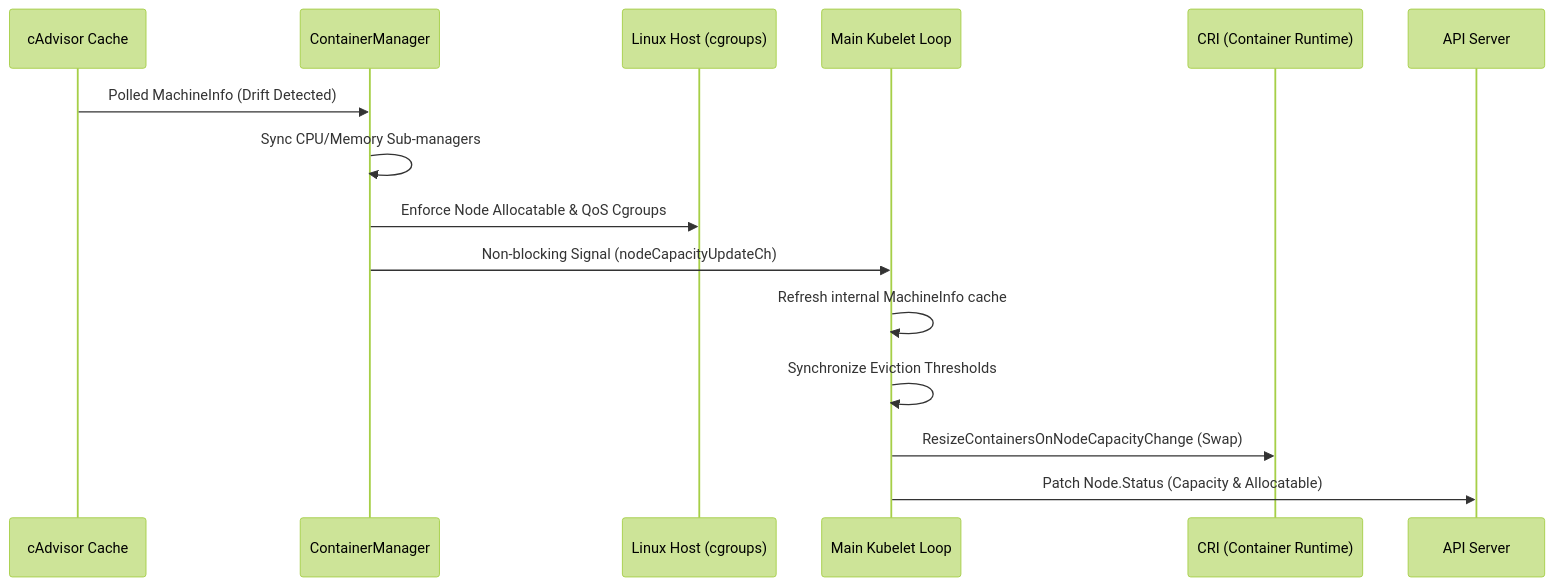
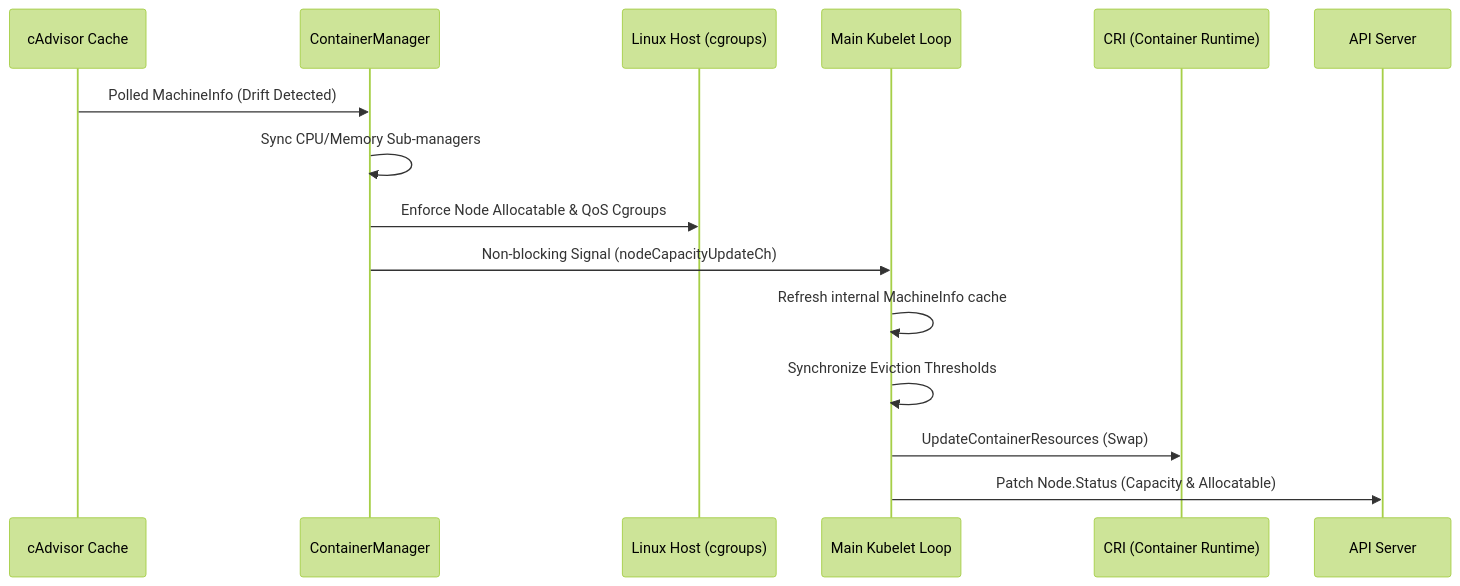
The diagram in keps/sig-node/3953-in-place-node-resource-resize/README.md (kubernetes/enhancements), drawn with Mermaid (forest theme) before and after one commit. The commit also changed other lines of this file and 1 other file, not shown here.

````diff
--- a/keps/sig-node/3953-in-place-node-resource-resize/README.md
+++ b/keps/sig-node/3953-in-place-node-resource-resize/README.md
@@ -287,18 +292,18 @@
 ```mermaid
 sequenceDiagram
     participant cAdvisor as cAdvisor Cache
     participant cm as ContainerManager
     participant host as Linux Host (cgroups)
     participant kubelet as Main Kubelet Loop
     participant cri as CRI (Container Runtime)
     participant api as API Server
 
     cAdvisor->>cm: Polled MachineInfo (Drift Detected)
     cm->>cm: Sync CPU/Memory Sub-managers
     cm->>host: Enforce Node Allocatable & QoS Cgroups
     cm->>kubelet: Non-blocking Signal (nodeCapacityUpdateCh)
     kubelet->>kubelet: Refresh internal MachineInfo cache
     kubelet->>kubelet: Synchronize Eviction Thresholds
-    kubelet->>cri: ResizeContainersOnNodeCapacityChange (Swap)
+    kubelet->>cri: UpdateContainerResources (Swap)
     kubelet->>api: Patch Node.Status (Capacity & Allocatable)
 ```
````
